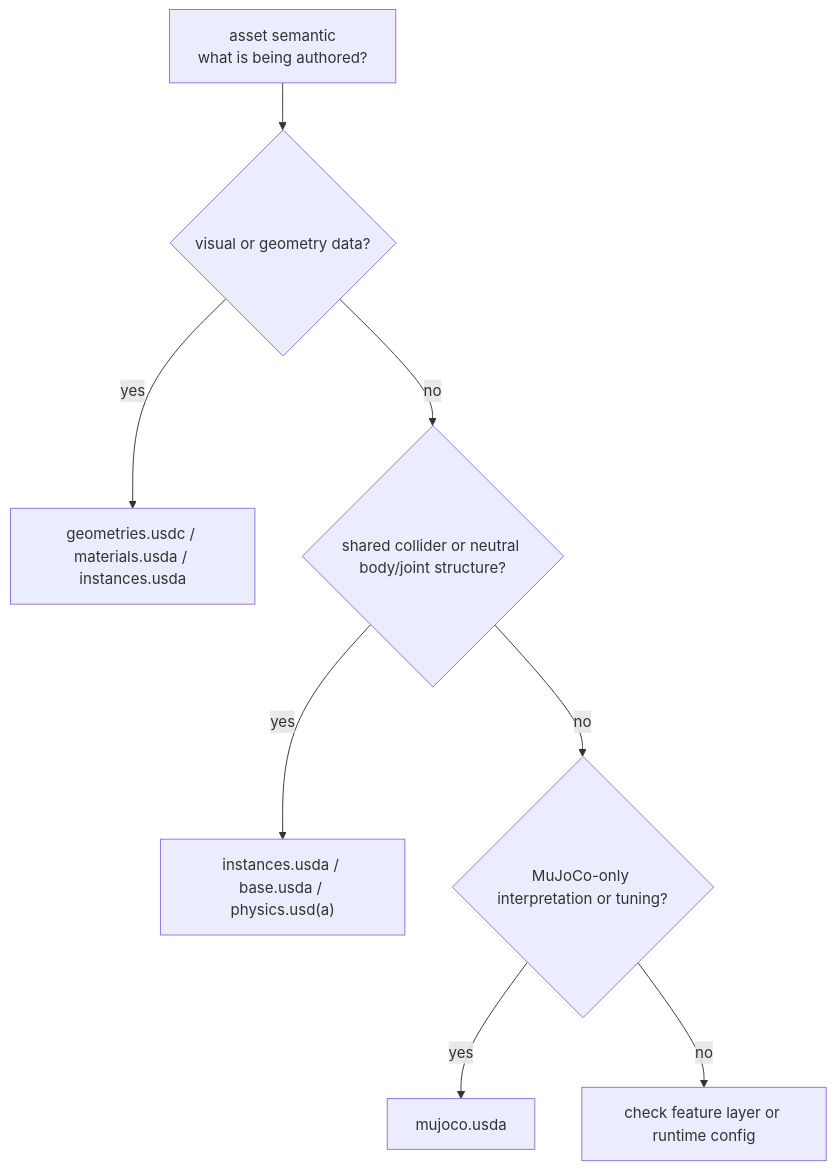
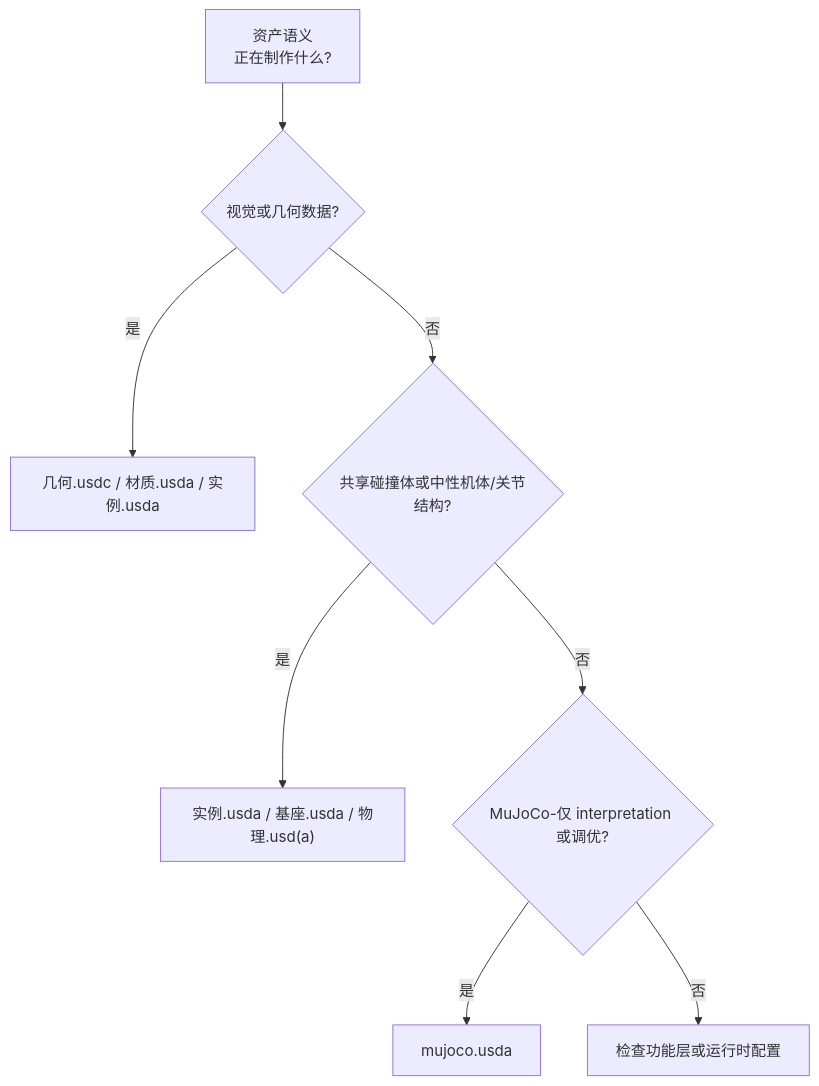
One commit to niuverse/llm-wiki changed the diagram in wiki/syntheses/isaac-sim-mujoco-usda-runtime-semantics.md. Above: the diagram before and after it, drawn with Mermaid. The commit also changed other lines of this file and 123 other files, not shown here.

````diff
--- a/wiki/syntheses/isaac-sim-mujoco-usda-runtime-semantics.md
+++ b/wiki/syntheses/isaac-sim-mujoco-usda-runtime-semantics.md
@@ -29,10 +29,10 @@
 ```mermaid
 flowchart TD
-  Q["asset semantic<br/>what is being authored?"] --> G{"visual or geometry data?"}
-  G -- "yes" --> L1["geometries.usdc / materials.usda / instances.usda"]
-  G -- "no" --> C{"shared collider or neutral body/joint structure?"}
-  C -- "yes" --> L2["instances.usda / base.usda / physics.usd(a)"]
-  C -- "no" --> M{"MuJoCo-only interpretation or tuning?"}
-  M -- "yes" --> L3["mujoco.usda"]
-  M -- "no" --> R["check feature layer or runtime config"]
+  Q["资产语义<br/>正在制作什么?"] --> G{"视觉或几何数据?"}
+  G -- "是" --> L1["几何.usdc / 材质.usda / 实例.usda"]
+  G -- "否" --> C{"共享碰撞体或中性机体/关节结构?"}
+  C -- "是" --> L2["实例.usda / 基座.usda / 物理.usd(a)"]
+  C -- "否" --> M{"MuJoCo-仅 interpretation 或调优?"}
+  M -- "是" --> L3["mujoco.usda"]
+  M -- "否" --> R["检查功能层或运行时配置"]
 ```
````
